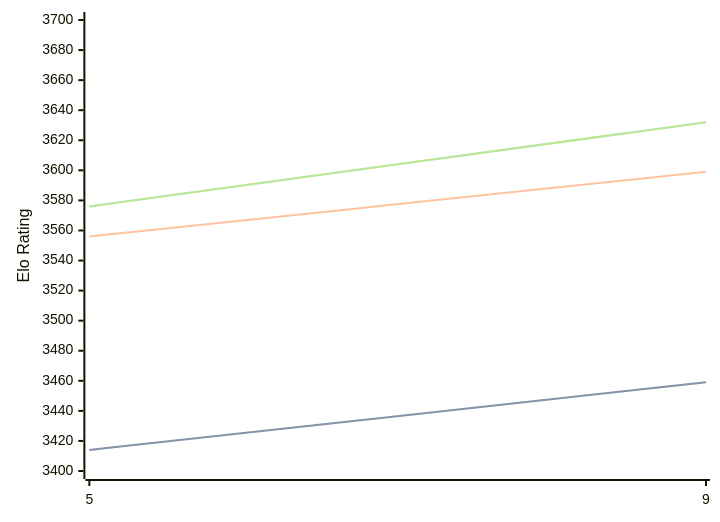
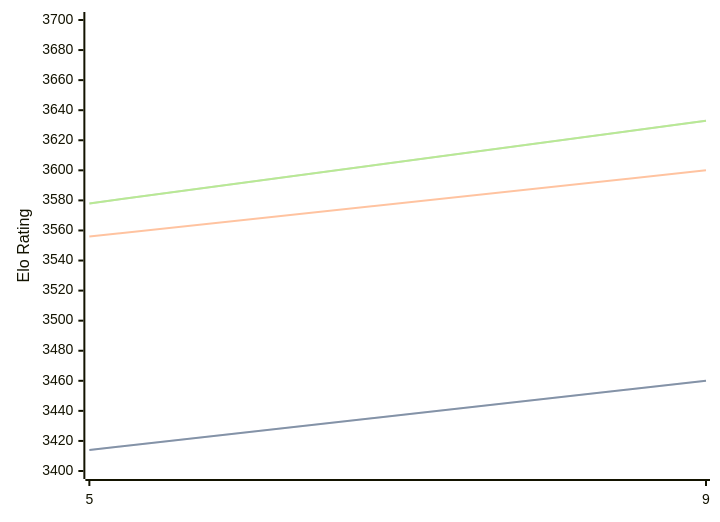
Before and after one commit to computer-chess-index/cci: the diagram in engines/Crystal.md, drawn with Mermaid. The commit also changed other lines of this file, not shown here.

Commit message:
Update CCI Ratings (ELO VLTC) - 2026-03-14

````diff
--- a/engines/Crystal.md
+++ b/engines/Crystal.md
@@ -58,11 +58,11 @@
 ```mermaid
 %%{init: {"theme":"base","themeVariables":{"seriesColors:['#a3a3a3','#222221','#faa371']}}}%%
 xychart-beta
   x-axis ["5", "9"]
   y-axis "Elo Rating" 3400 --> 3700
-  line "STC (8.0+0.08s)" [3414, 3459]
-  line "STC (8.0+0.08s)" [3414, 3459]
-  line "LTC (60.0+0.60s)" [3556, 3599]
-  line "VLTC (2m24s+1.12s)" [3576, 3632]
-  line "VLTC (2m24s+1.12s)" [3576, 3632]
+  line "STC (8.0+0.08s)" [3414, 3460]
+  line "STC (8.0+0.08s)" [3414, 3460]
+  line "LTC (60.0+0.60s)" [3556, 3600]
+  line "VLTC (2m24s+1.12s)" [3578, 3633]
+  line "VLTC (2m24s+1.12s)" [3578, 3633]
 ```
````
